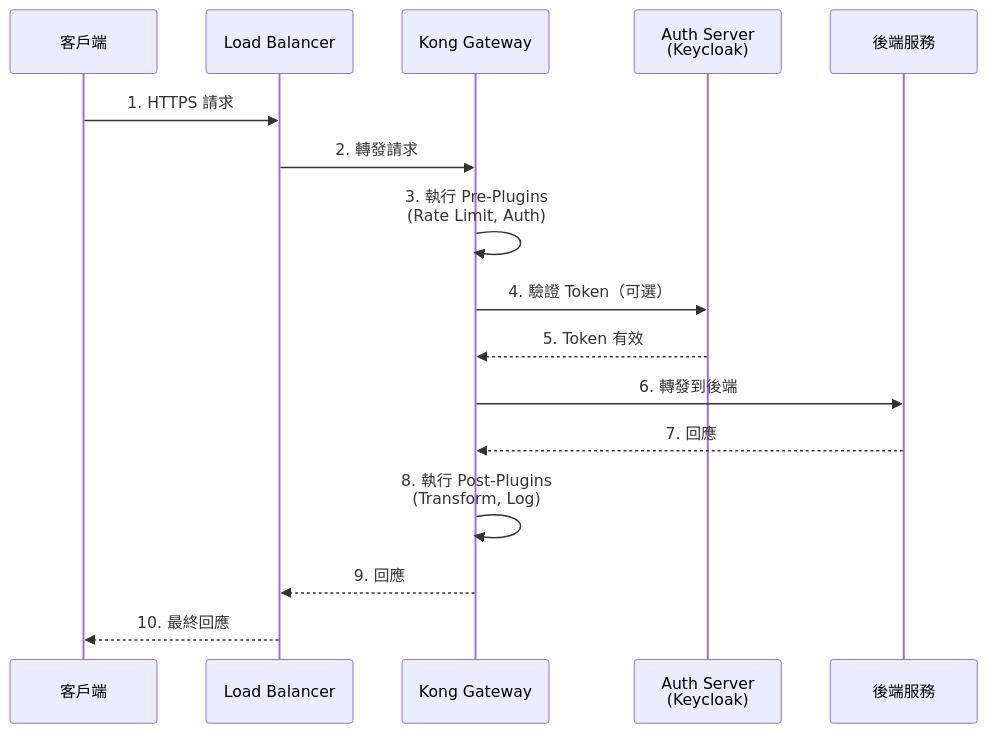
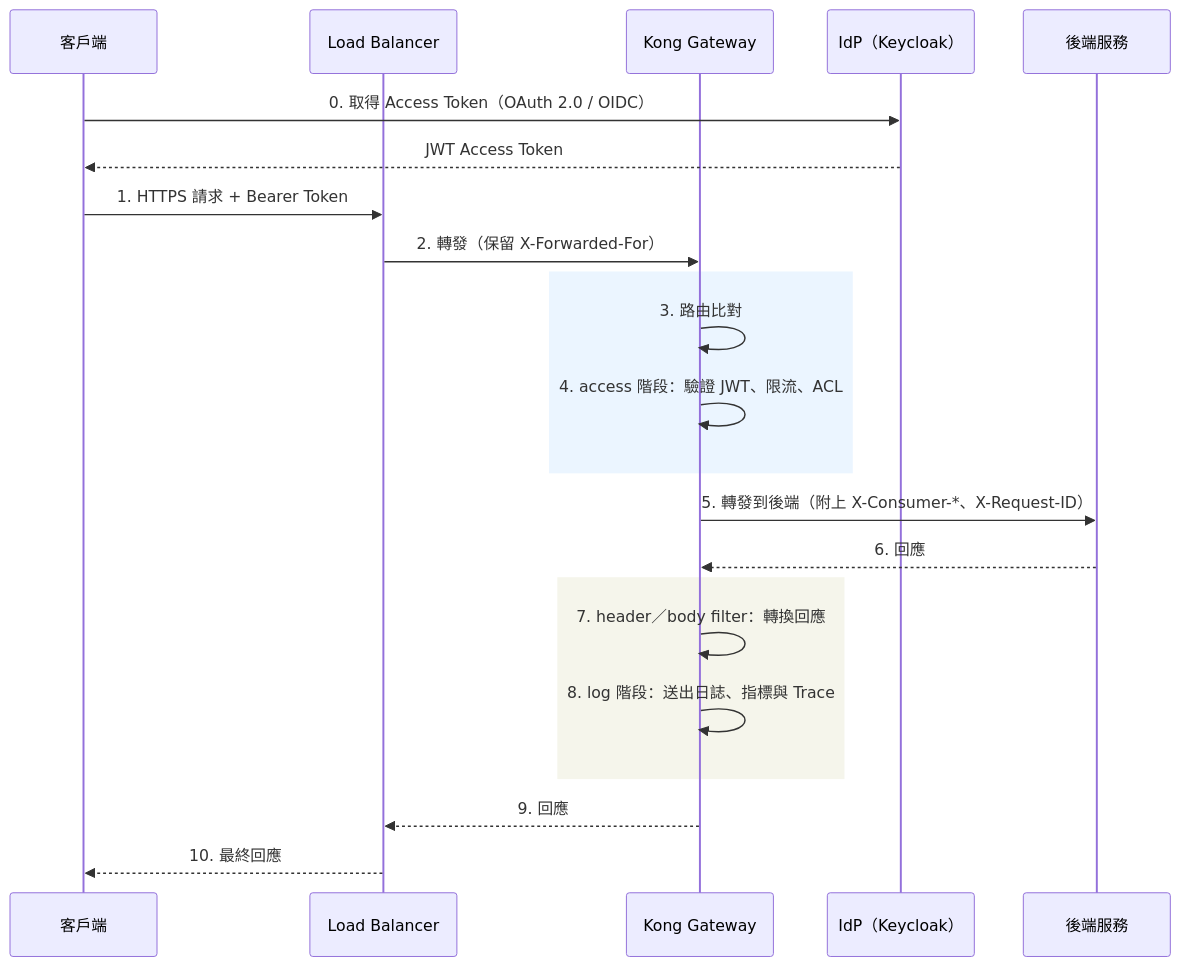
Before and after one commit to chihhung/Blog: the seventh of 22 diagrams in content/posts/教學/工具/Kong API Gateway教學手冊.md, drawn with Mermaid. The commit also changed other lines of this file and 10 other files, not shown here.

````diff
--- a/content/posts/教學/工具/Kong API Gateway教學手冊.md
+++ b/content/posts/教學/工具/Kong API Gateway教學手冊.md
@@ -315,19 +638,25 @@
 ```mermaid
 sequenceDiagram
     participant Client as 客戶端
     participant LB as Load Balancer
     participant Kong as Kong Gateway
-    participant Auth as Auth Server<br/>(Keycloak)
+    participant IdP as IdP（Keycloak）
     participant Backend as 後端服務
-    
-    Client->>LB: 1. HTTPS 請求
-    LB->>Kong: 2. 轉發請求
-    Kong->>Kong: 3. 執行 Pre-Plugins<br/>(Rate Limit, Auth)
-    Kong->>Auth: 4. 驗證 Token（可選）
-    Auth-->>Kong: 5. Token 有效
-    Kong->>Backend: 6. 轉發到後端
-    Backend-->>Kong: 7. 回應
-    Kong->>Kong: 8. 執行 Post-Plugins<br/>(Transform, Log)
+
+    Client->>IdP: 0. 取得 Access Token（OAuth 2.0 / OIDC）
+    IdP-->>Client: JWT Access Token
+    Client->>LB: 1. HTTPS 請求 + Bearer Token
+    LB->>Kong: 2. 轉發（保留 X-Forwarded-For）
+    rect rgb(235, 245, 255)
+        Kong->>Kong: 3. 路由比對
+        Kong->>Kong: 4. access 階段：驗證 JWT、限流、ACL
+    end
+    Kong->>Backend: 5. 轉發到後端（附上 X-Consumer-*、X-Request-ID）
+    Backend-->>Kong: 6. 回應
+    rect rgb(245, 245, 235)
+        Kong->>Kong: 7. header／body filter：轉換回應
+        Kong->>Kong: 8. log 階段：送出日誌、指標與 Trace
+    end
     Kong-->>LB: 9. 回應
     LB-->>Client: 10. 最終回應
 ```
````
